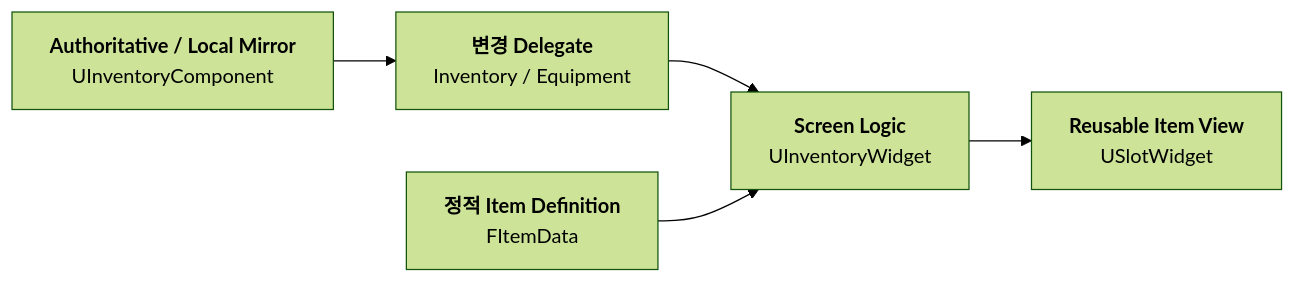
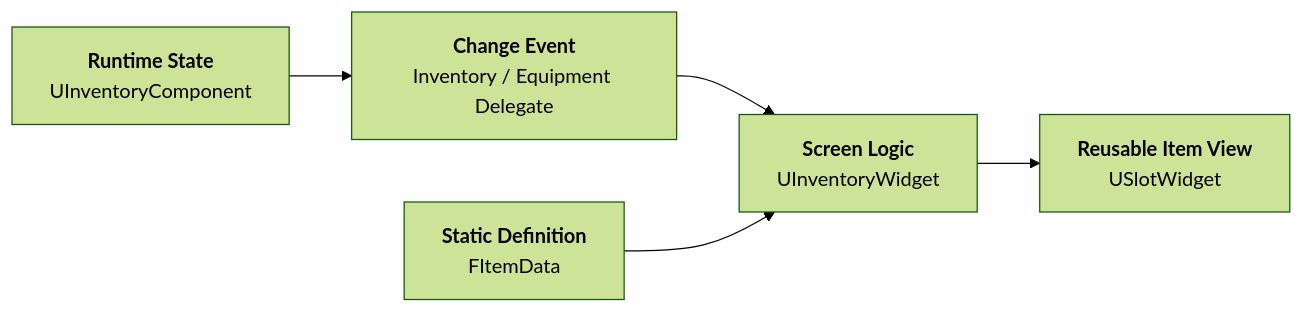
Before and after one commit to chungheonLee0325/Sonheim: the second of 3 diagrams in Doc/Wiki/11_Client_State_Presentation_Pipeline.md, drawn with Mermaid (forest theme). The commit also changed other lines of this file, not shown here.

Commit message:
docs: restructure ui architecture around actual screen lifecycles

```diff
--- a/Doc/Wiki/11_Client_State_Presentation_Pipeline.md
+++ b/Doc/Wiki/11_Client_State_Presentation_Pipeline.md
@@ -124,12 +94,12 @@
 ~~~mermaid
 flowchart LR
-    INV["<b>Authoritative / Local Mirror</b><br/>UInventoryComponent"]
-    EVENT["<b>변경 Delegate</b><br/>Inventory / Equipment"]
+    INV["<b>Runtime State</b><br/>UInventoryComponent"]
+    EVENT["<b>Change Event</b><br/>Inventory / Equipment Delegate"]
+    DATA["<b>Static Definition</b><br/>FItemData"]
     WIDGET["<b>Screen Logic</b><br/>UInventoryWidget"]
-    DATA["<b>정적 Item Definition</b><br/>FItemData"]
     SLOT["<b>Reusable Item View</b><br/>USlotWidget"]
 
     INV --> EVENT --> WIDGET
     DATA --> WIDGET
     WIDGET --> SLOT
 ~~~
```
